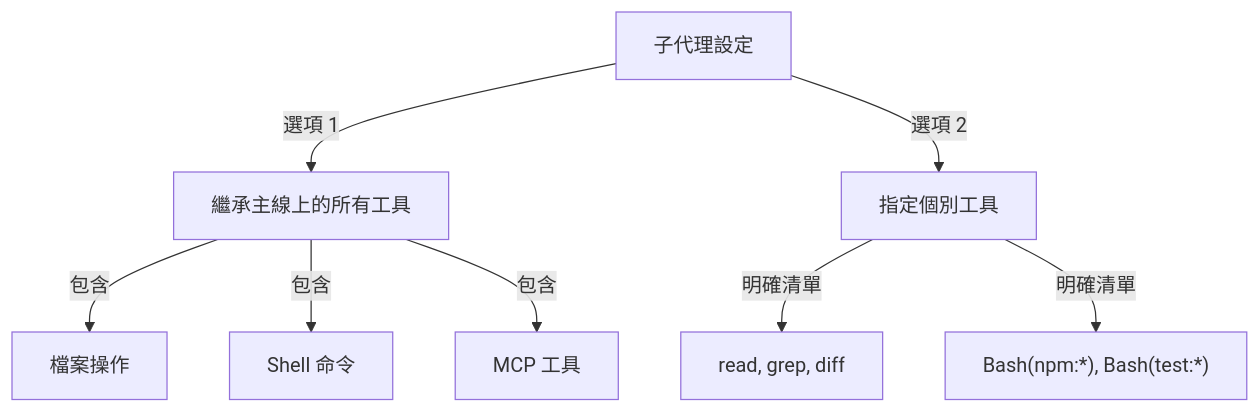
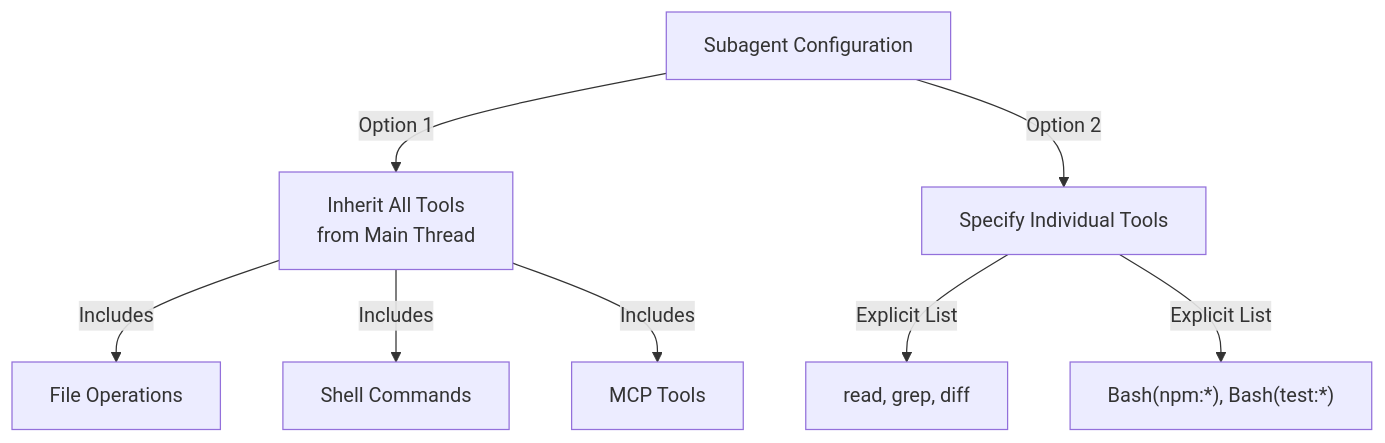
Before and after one commit to huckly/claude-howto-zh-tw: the sixth of 20 diagrams in claude_concepts_guide.md, drawn with Mermaid. The commit also changed other lines of this file and 8 other files, not shown here.

````diff
--- a/claude_concepts_guide.md
+++ b/claude_concepts_guide.md
@@ -260,10 +272,10 @@
 ```mermaid
 graph TD
-    A["子代理設定"] -->|選項 1| B["繼承主線上的所有工具"]
-    A -->|選項 2| C["指定個別工具"]
-    B -->|包含| B1["檔案操作"]
-    B -->|包含| B2["Shell 命令"]
-    B -->|包含| B3["MCP 工具"]
-    C -->|明確清單| C1["read, grep, diff"]
-    C -->|明確清單| C2["Bash(npm:*), Bash(test:*)"]
+    A["Subagent Configuration"] -->|Option 1| B["Inherit All Tools<br/>from Main Thread"]
+    A -->|Option 2| C["Specify Individual Tools"]
+    B -->|Includes| B1["File Operations"]
+    B -->|Includes| B2["Shell Commands"]
+    B -->|Includes| B3["MCP Tools"]
+    C -->|Explicit List| C1["read, grep, diff"]
+    C -->|Explicit List| C2["Bash(npm:*), Bash(test:*)"]
 ```
````
